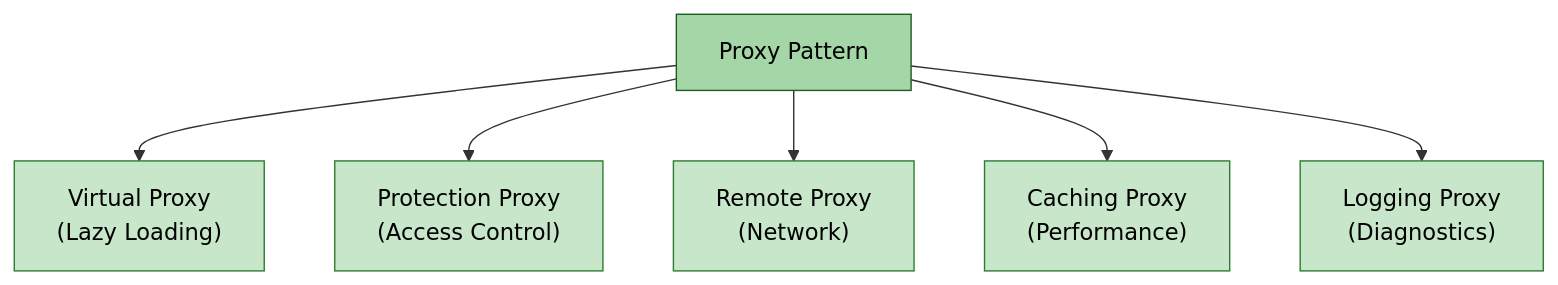
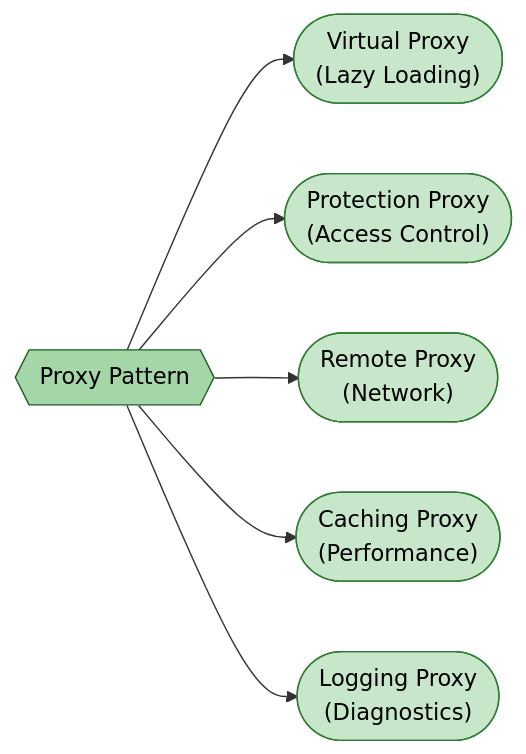
The fourth of 4 diagrams in docs/designpatterns/structuralDesignPatterns/Proxydesignpattern.md (saivamsikaruturi/vamsilabs-dev-notes-main), drawn with Mermaid before and after one commit. The commit also changed other lines of this file and 146 other files, not shown here.

Commit message:
Horizontal diagrams, UML class diagrams, typography overhaul, and permalink cleanup

````diff
--- a/docs/designpatterns/structuralDesignPatterns/Proxydesignpattern.md
+++ b/docs/designpatterns/structuralDesignPatterns/Proxydesignpattern.md
@@ -48,22 +75,22 @@
 ```mermaid
-flowchart TD
-    Proxy["Proxy Pattern"]
-    Virtual["Virtual Proxy\n(Lazy Loading)"]
-    Protection["Protection Proxy\n(Access Control)"]
-    Remote["Remote Proxy\n(Network)"]
-    Cache["Caching Proxy\n(Performance)"]
-    Logging["Logging Proxy\n(Diagnostics)"]
+flowchart LR
+    Proxy{{"Proxy Pattern"}}
+    Virtual(["Virtual Proxy\n(Lazy Loading)"])
+    Protection(["Protection Proxy\n(Access Control)"])
+    Remote(["Remote Proxy\n(Network)"])
+    Cache(["Caching Proxy\n(Performance)"])
+    Logging(["Logging Proxy\n(Diagnostics)"])
 
     Proxy --> Virtual
     Proxy --> Protection
     Proxy --> Remote
     Proxy --> Cache
     Proxy --> Logging
 
     style Proxy fill:#a5d6a7,stroke:#1b5e20,color:#000
     style Virtual fill:#c8e6c9,stroke:#2e7d32,color:#000
     style Protection fill:#c8e6c9,stroke:#2e7d32,color:#000
     style Remote fill:#c8e6c9,stroke:#2e7d32,color:#000
     style Cache fill:#c8e6c9,stroke:#2e7d32,color:#000
     style Logging fill:#c8e6c9,stroke:#2e7d32,color:#000
 ```
````
